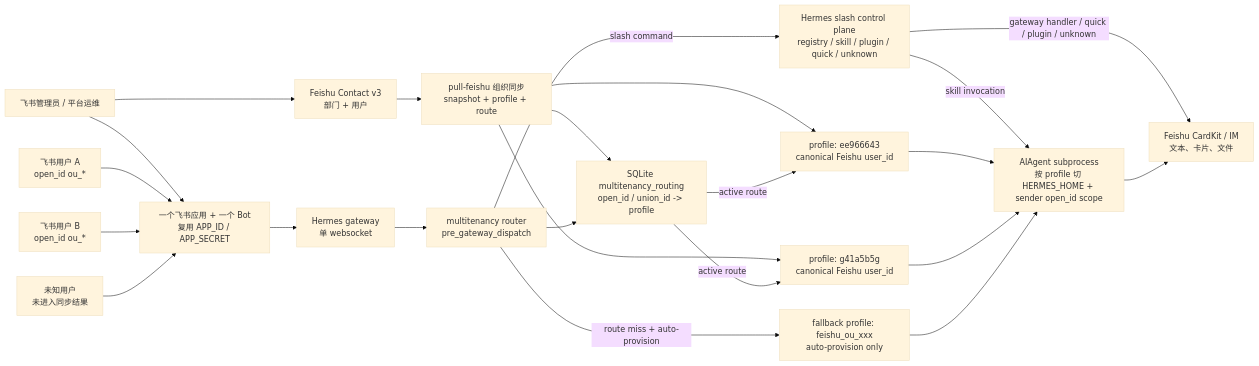
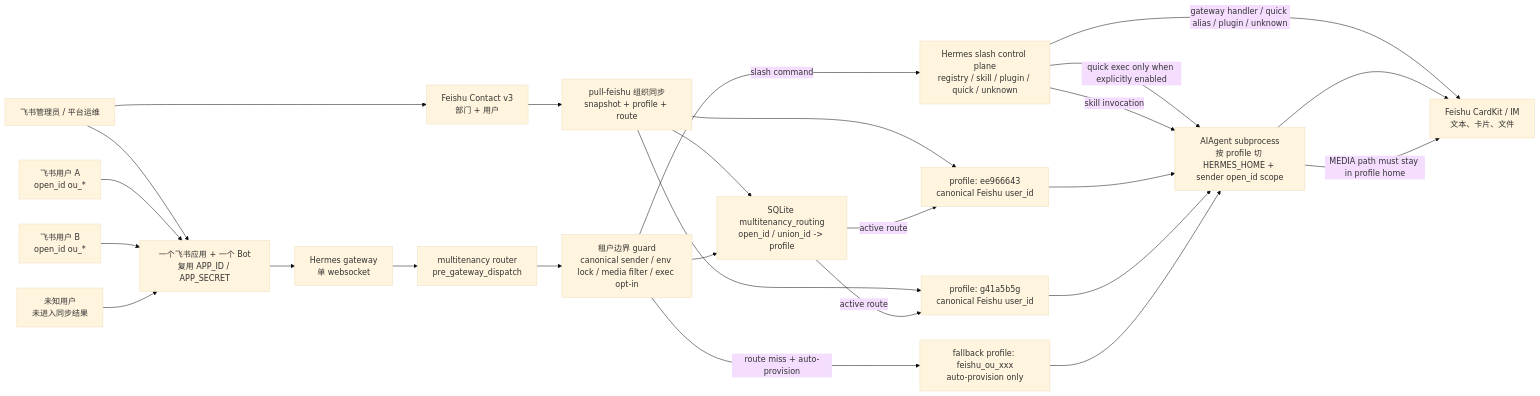
The diagram in README.zh-CN.md (eggyrooch-blip/hermes-multitenancy), drawn with Mermaid (base theme) before and after one commit. The commit also changed other lines of this file and 1 other file, not shown here.

````diff
--- a/README.zh-CN.md
+++ b/README.zh-CN.md
@@ -29,35 +29,38 @@
 ```mermaid
 flowchart LR
     admin["飞书管理员 / 平台运维"]
     app["一个飞书应用 + 一个 Bot\n复用 APP_ID / APP_SECRET"]
     contact["Feishu Contact v3\n部门 + 用户"]
     sync["pull-feishu 组织同步\nsnapshot + profile + route"]
     table["SQLite multitenancy_routing\nopen_id / union_id -> profile"]
     userA["飞书用户 A\nopen_id ou_*"]
     userB["飞书用户 B\nopen_id ou_*"]
     unknown["未知用户\n未进入同步结果"]
     gateway["Hermes gateway\n单 websocket"]
     router["multitenancy router\npre_gateway_dispatch"]
+    guard["租户边界 guard\ncanonical sender / env lock / media filter / exec opt-in"]
     slash["Hermes slash control plane\nregistry / skill / plugin / quick / unknown"]
     profileA["profile: ee966643\ncanonical Feishu user_id"]
     profileB["profile: g41a5b5g\ncanonical Feishu user_id"]
     fallback["fallback profile: feishu_ou_xxx\nauto-provision only"]
     aiagent["AIAgent subprocess\n按 profile 切 HERMES_HOME + sender open_id scope"]
     feishu["Feishu CardKit / IM\n文本、卡片、文件"]
 
     admin --> app
     admin --> contact --> sync --> table
     sync --> profileA
     sync --> profileB
     userA --> app
     userB --> app
     unknown --> app
-    app --> gateway --> router
-    router -->|slash command| slash
-    slash -->|gateway handler / quick / plugin / unknown| feishu
+    app --> gateway --> router --> guard
+    guard -->|slash command| slash
+    slash -->|gateway handler / quick alias / plugin / unknown| feishu
+    slash -->|quick exec only when explicitly enabled| aiagent
     slash -->|skill invocation| aiagent
-    router --> table
+    guard --> table
     table -->|active route| profileA --> aiagent --> feishu
     table -->|active route| profileB --> aiagent
-    router -->|route miss + auto-provision| fallback --> aiagent
+    guard -->|route miss + auto-provision| fallback --> aiagent
+    aiagent -->|MEDIA path must stay in profile home| feishu
 ```
````
